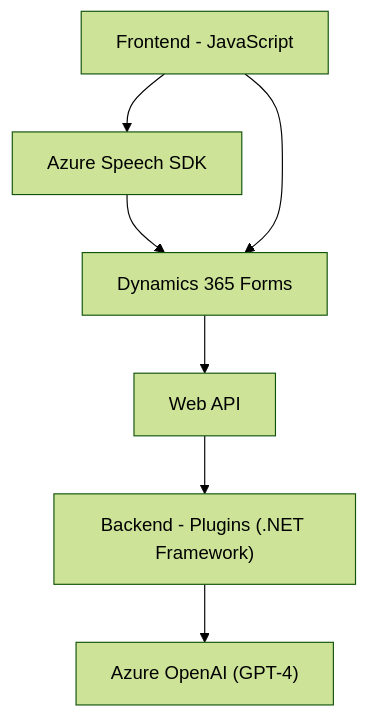
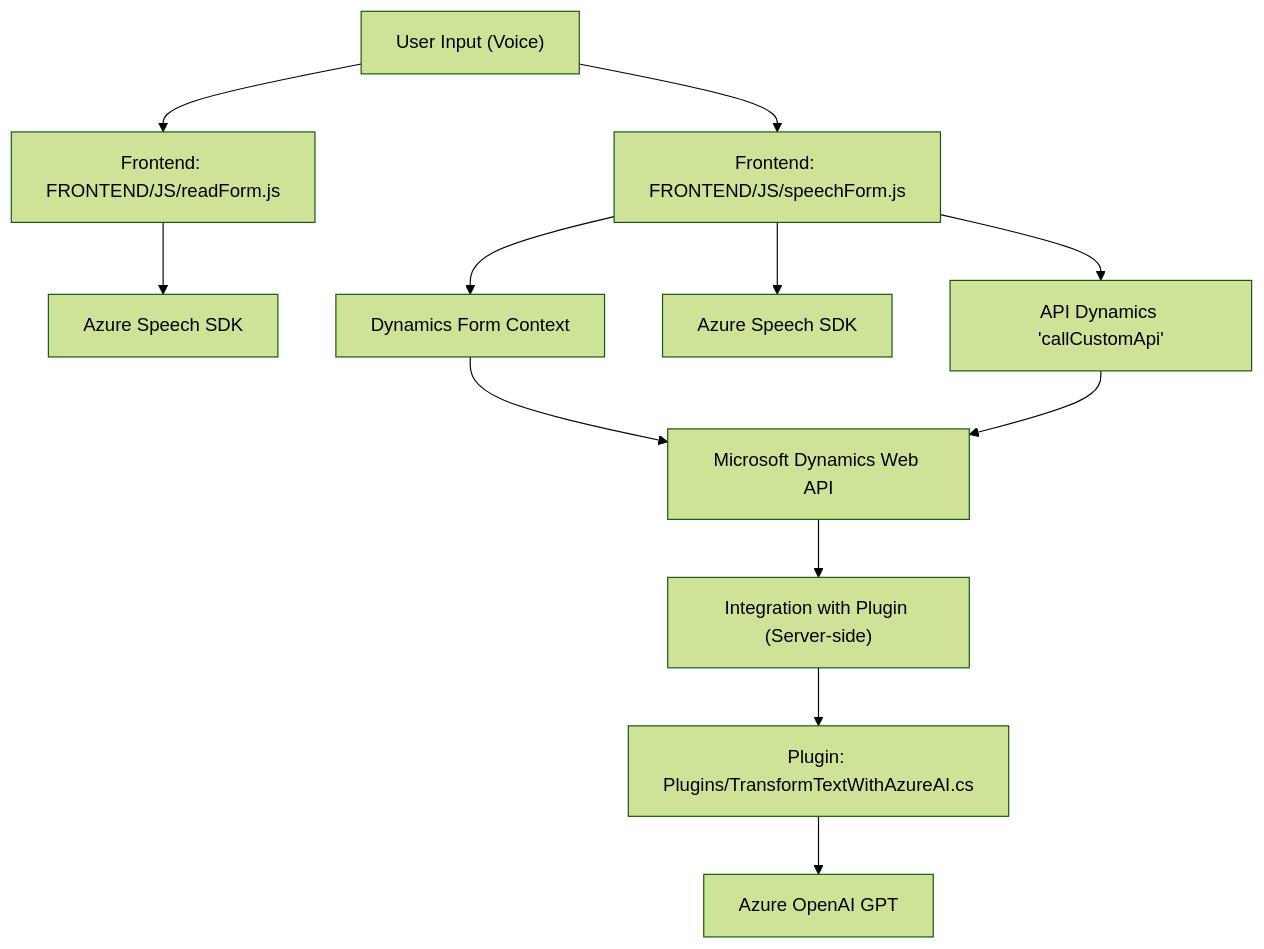
One commit to blopezdm/NETCORE_BILBAO2025 changed the diagram in README.md. Above: the diagram before and after it, drawn with Mermaid (forest theme). The commit also changed other lines of this file, not shown here.

````diff
--- a/README.md
+++ b/README.md
@@ -29,16 +42,14 @@
 ```mermaid
 graph TD
-    A["Frontend - JavaScript"]
-    B["Azure Speech SDK"]
-    C["Dynamics 365 Forms"]
-    D["Web API"]
-    E["Backend - Plugins (.NET Framework)"]
-    F["Azure OpenAI (GPT-4)"]
-    
-    A --> B
-    B --> C
-    A --> C
-    C --> D
-    D --> E
-    E --> F
+    A["User Input (Voice)"] --> B["Frontend: FRONTEND/JS/readForm.js"]
+    B --> C["Azure Speech SDK"]
+    A --> D["Frontend: FRONTEND/JS/speechForm.js"]
+    D --> E["Dynamics Form Context"]
+    D --> F["Azure Speech SDK"]
+    D --> G["API Dynamics 'callCustomApi'"]
+    E --> H["Microsoft Dynamics Web API"]
+    G --> H
+    H --> I["Integration with Plugin (Server-side)"]
+    I --> J["Plugin: Plugins/TransformTextWithAzureAI.cs"]
+    J --> K["Azure OpenAI GPT"]
 ```
````
